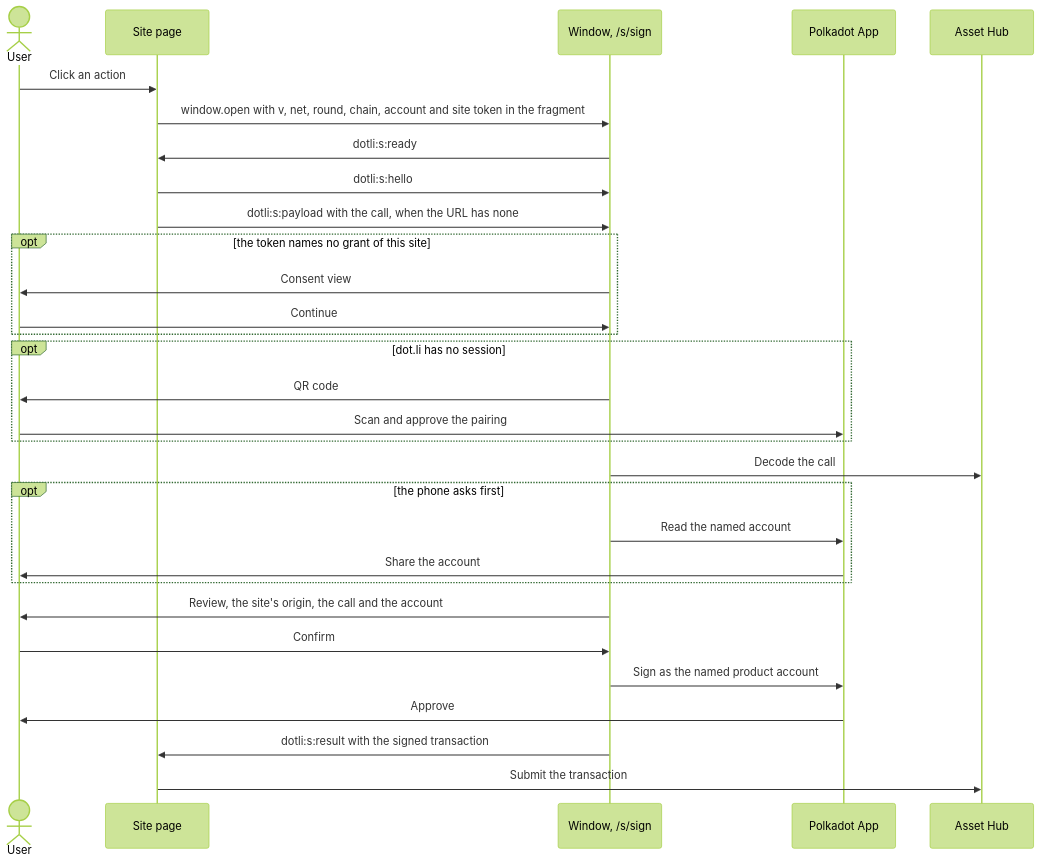
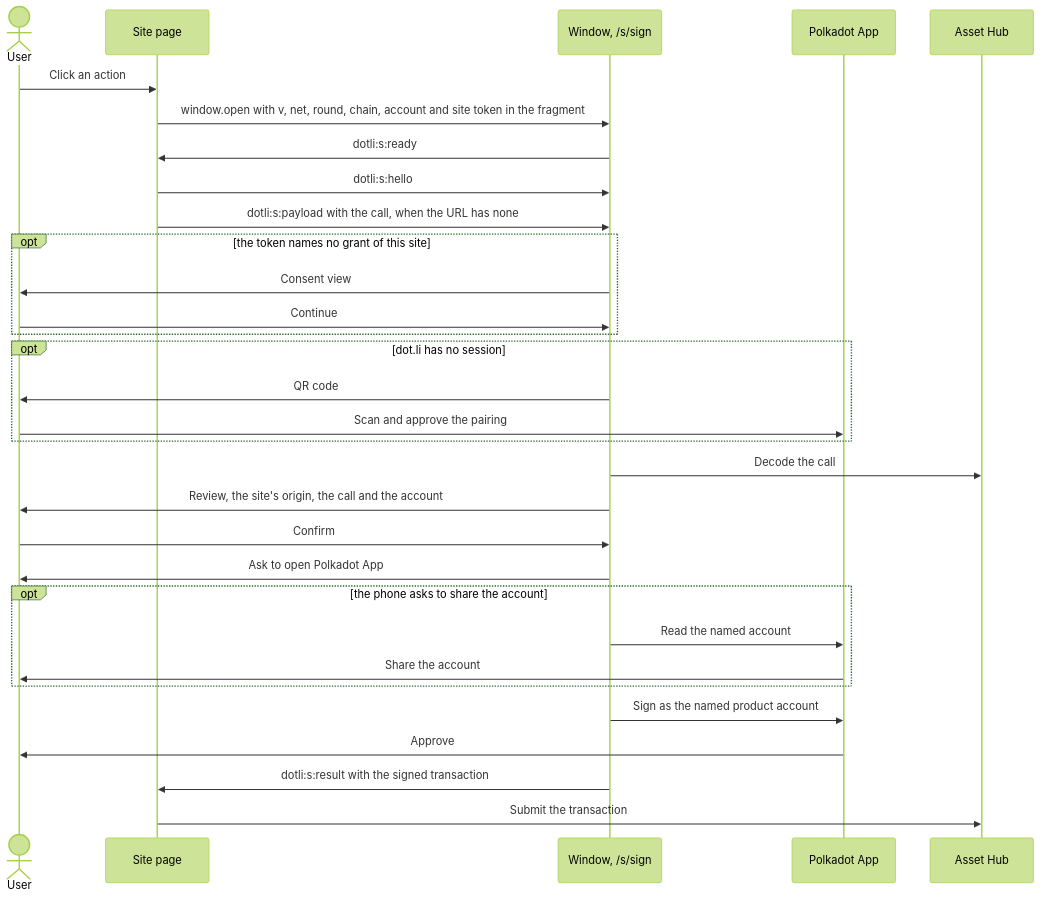
One commit to paritytech/dotli-community changed the second of 3 diagrams in docs/sign-in-with-polkadot.md. Above: the diagram before and after it, drawn with Mermaid (forest theme). The commit also changed other lines of this file and 9 other files, not shown here.

Commit message:
fix(host): /s/sign asks the phone for the account only after Confirm (#423)

````diff
--- a/docs/sign-in-with-polkadot.md
+++ b/docs/sign-in-with-polkadot.md
@@ -582,32 +582,33 @@
 ```mermaid
 sequenceDiagram
   actor U as User
   participant S as Site page
   participant W as Window, /s/sign
   participant P as Polkadot App
   participant A as Asset Hub
   U->>S: Click an action
   S->>W: window.open with v, net, round, chain, account and site token in the fragment
   W->>S: dotli:s:ready
   S->>W: dotli:s:hello
   S->>W: dotli:s:payload with the call, when the URL has none
   opt the token names no grant of this site
     W->>U: Consent view
     U->>W: Continue
   end
   opt dot.li has no session
     W->>U: QR code
     U->>P: Scan and approve the pairing
   end
   W->>A: Decode the call
-  opt the phone asks first
+  W->>U: Review, the site's origin, the call and the account
+  U->>W: Confirm
+  W->>U: Ask to open Polkadot App
+  opt the phone asks to share the account
     W->>P: Read the named account
     P->>U: Share the account
   end
-  W->>U: Review, the site's origin, the call and the account
-  U->>W: Confirm
   W->>P: Sign as the named product account
   P->>U: Approve
   W->>S: dotli:s:result with the signed transaction
   S->>A: Submit the transaction
 ```
````
